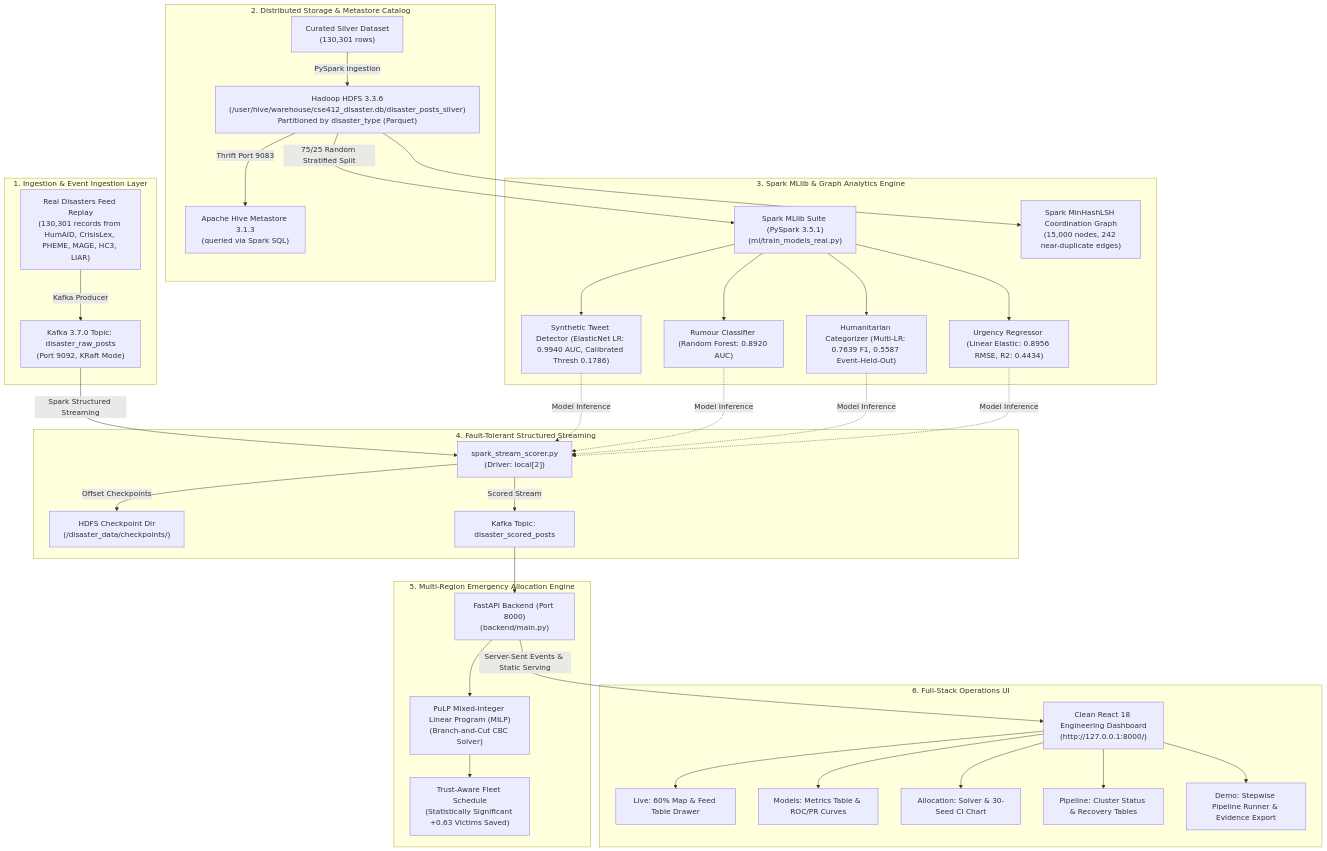
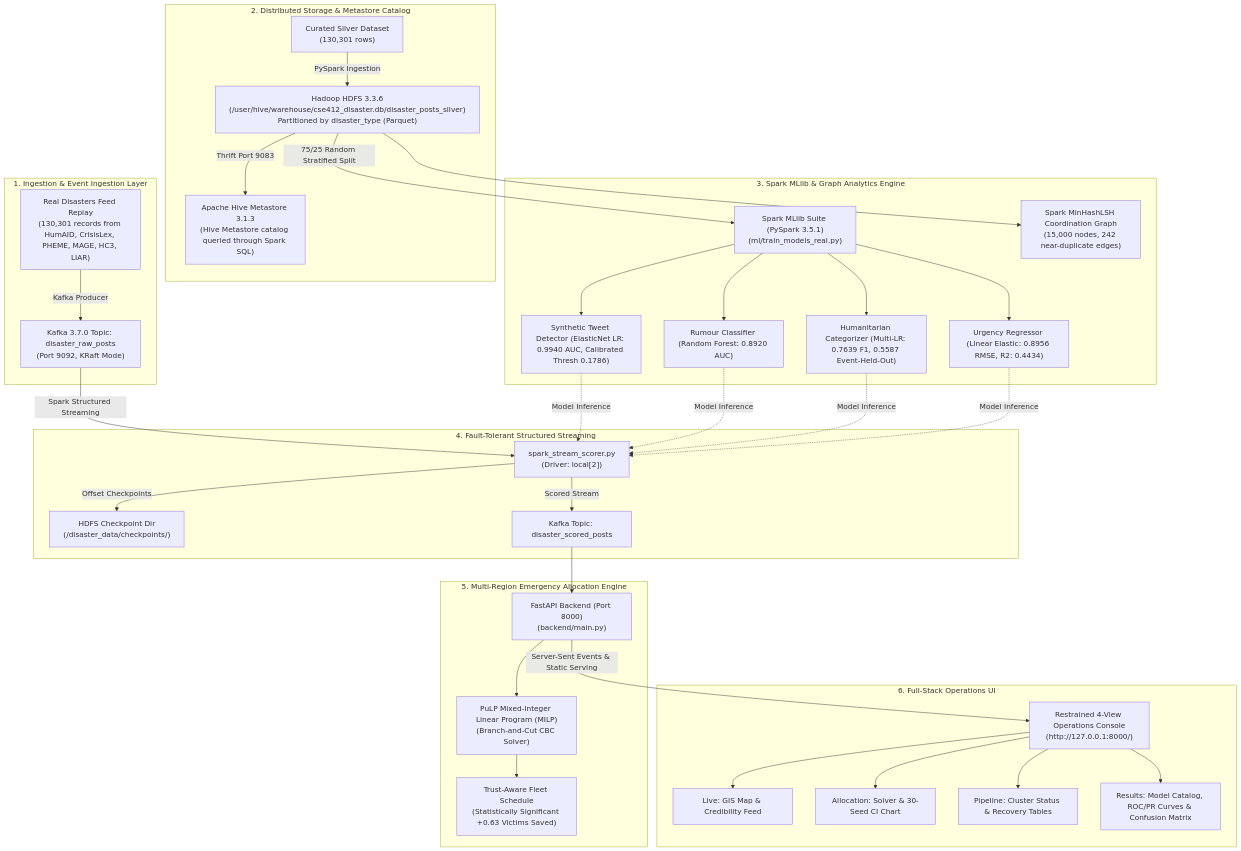
One commit to Tharunkunamalla/Bigdata_Project changed the diagram in docs/ARCHITECTURE.md. Above: the diagram before and after it, drawn with Mermaid. The commit also changed other lines of this file and 58 other files, not shown here.

Commit message:
feat: release v1.0-final-9 - repository cleanup and polished 4-view operations console

````diff
--- a/docs/ARCHITECTURE.md
+++ b/docs/ARCHITECTURE.md
@@ -12,43 +12,42 @@
 ```mermaid
 flowchart TD
     subgraph Ingestion["1. Ingestion & Event Ingestion Layer"]
         RealFeeds["Real Disasters Feed Replay<br/>(130,301 records from HumAID, CrisisLex, PHEME, MAGE, HC3, LIAR)"]
         RealFeeds -->|Kafka Producer| KafkaRaw["Kafka 3.7.0 Topic: disaster_raw_posts<br/>(Port 9092, KRaft Mode)"]
     end
 
     subgraph StorageCatalog["2. Distributed Storage & Metastore Catalog"]
         CuratedCSV["Curated Silver Dataset<br/>(130,301 rows)"] -->|PySpark Ingestion| HDFSSilver["Hadoop HDFS 3.3.6<br/>(/user/hive/warehouse/cse412_disaster.db/disaster_posts_silver)<br/>Partitioned by disaster_type (Parquet)"]
-        HDFSSilver -->|Thrift Port 9083| HiveMeta["Apache Hive Metastore 3.1.3<br/>(queried via Spark SQL)"]
+        HDFSSilver -->|Thrift Port 9083| HiveMeta["Apache Hive Metastore 3.1.3<br/>(Hive Metastore catalog queried through Spark SQL)"]
     end
 
     subgraph DistributedML["3. Spark MLlib & Graph Analytics Engine"]
         HDFSSilver -->|75/25 Random Stratified Split| MLlibTrain["Spark MLlib Suite (PySpark 3.5.1)<br/>(ml/train_models_real.py)"]
         MLlibTrain --> M1["Synthetic Tweet Detector (ElasticNet LR: 0.9940 AUC, Calibrated Thresh 0.1786)"]
         MLlibTrain --> M2["Rumour Classifier (Random Forest: 0.8920 AUC)"]
         MLlibTrain --> M3["Humanitarian Categorizer (Multi-LR: 0.7639 F1, 0.5587 Event-Held-Out)"]
         MLlibTrain --> M4["Urgency Regressor (Linear Elastic: 0.8956 RMSE, R2: 0.4434)"]
         HDFSSilver --> MinHash["Spark MinHashLSH Coordination Graph<br/>(15,000 nodes, 242 near-duplicate edges)"]
     end
 
     subgraph StreamingPipeline["4. Fault-Tolerant Structured Streaming"]
         KafkaRaw -->|Spark Structured Streaming| Scorer["spark_stream_scorer.py<br/>(Driver: local[2])"]
         M1 & M2 & M3 & M4 -.->|Model Inference| Scorer
         Scorer -->|Offset Checkpoints| HDFS_Checkpoint["HDFS Checkpoint Dir<br/>(/disaster_data/checkpoints/)"]
         Scorer -->|Scored Stream| KafkaScored["Kafka Topic: disaster_scored_posts"]
     end
 
     subgraph OptimizationEngine["5. Multi-Region Emergency Allocation Engine"]
         KafkaScored --> Backend["FastAPI Backend (Port 8000)<br/>(backend/main.py)"]
         Backend --> PuLP["PuLP Mixed-Integer Linear Program (MILP)<br/>(Branch-and-Cut CBC Solver)"]
         PuLP --> AllocPlan["Trust-Aware Fleet Schedule<br/>(Statistically Significant +0.63 Victims Saved)"]
     end
 
     subgraph Presentation["6. Full-Stack Operations UI"]
-        Backend -->|Server-Sent Events & Static Serving| ReactUI["Clean React 18 Engineering Dashboard<br/>(http://127.0.0.1:8000/)"]
-        ReactUI --> LiveView["Live: 60% Map & Feed Table Drawer"]
-        ReactUI --> ModelsView["Models: Metrics Table & ROC/PR Curves"]
+        Backend -->|Server-Sent Events & Static Serving| ReactUI["Restrained 4-View Operations Console<br/>(http://127.0.0.1:8000/)"]
+        ReactUI --> LiveView["Live: GIS Map & Credibility Feed"]
         ReactUI --> AllocView["Allocation: Solver & 30-Seed CI Chart"]
         ReactUI --> PipeView["Pipeline: Cluster Status & Recovery Tables"]
-        ReactUI --> DemoView["Demo: Stepwise Pipeline Runner & Evidence Export"]
+        ReactUI --> ResultsView["Results: Model Catalog, ROC/PR Curves & Confusion Matrix"]
     end
 ```
````
